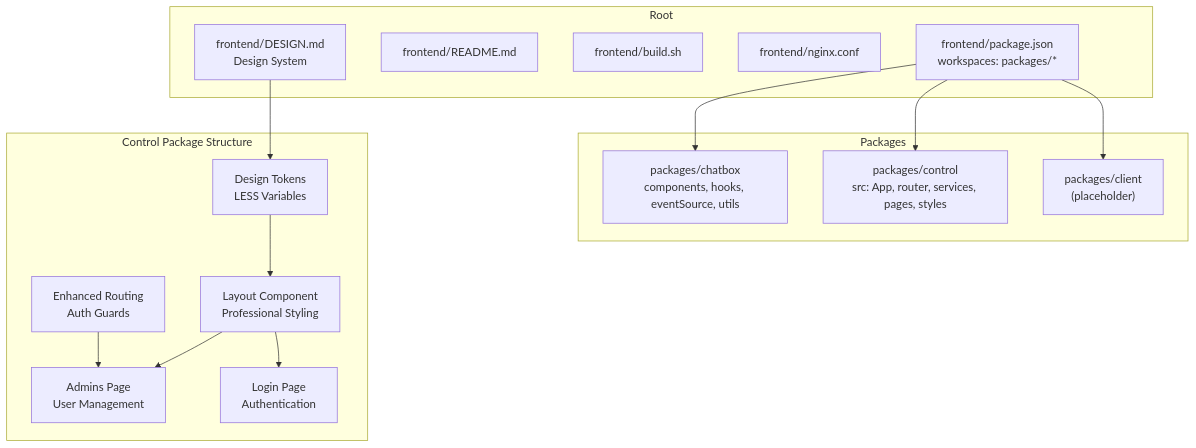
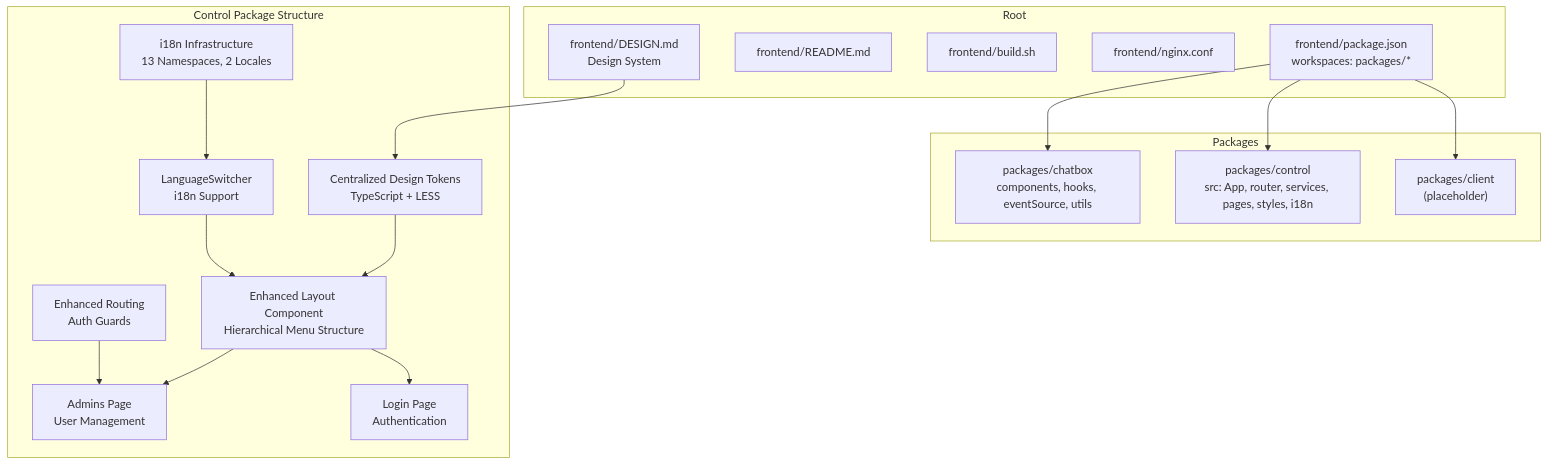
Before and after one commit to alibaba/tron-one-agent: the first of 11 diagrams in .qoder/repowiki/en/content/Frontend Architecture/Frontend Architecture.md, drawn with Mermaid. The commit also changed other lines of this file and 8 other files, not shown here.

````diff
--- a/.qoder/repowiki/en/content/Frontend Architecture/Frontend Architecture.md
+++ b/.qoder/repowiki/en/content/Frontend Architecture/Frontend Architecture.md
@@ -66,30 +76,34 @@
 ```mermaid
 graph TB
 subgraph "Root"
 R_pkg["frontend/package.json<br/>workspaces: packages/*"]
 R_readme["frontend/README.md"]
 R_build["frontend/build.sh"]
 R_nginx["frontend/nginx.conf"]
 R_design["frontend/DESIGN.md<br/>Design System"]
 end
 subgraph "Packages"
 P_chatbox["packages/chatbox<br/>components, hooks, eventSource, utils"]
-P_control["packages/control<br/>src: App, router, services, pages, styles"]
+P_control["packages/control<br/>src: App, router, services, pages, styles, i18n"]
 P_client["packages/client<br/>(placeholder)"]
 end
 subgraph "Control Package Structure"
-C_layout["Layout Component<br/>Professional Styling"]
+C_layout["Enhanced Layout Component<br/>Hierarchical Menu Structure"]
 C_admins["Admins Page<br/>User Management"]
 C_login["Login Page<br/>Authentication"]
 C_router["Enhanced Routing<br/>Auth Guards"]
-C_styles["Design Tokens<br/>LESS Variables"]
+C_styles["Centralized Design Tokens<br/>TypeScript + LESS"]
+C_lang["LanguageSwitcher<br/>i18n Support"]
+C_i18n["i18n Infrastructure<br/>13 Namespaces, 2 Locales"]
 end
 R_pkg --> P_chatbox
 R_pkg --> P_control
 R_pkg --> P_client
 R_design --> C_styles
 C_layout --> C_admins
 C_layout --> C_login
 C_router --> C_admins
 C_styles --> C_layout
+C_lang --> C_layout
+C_i18n --> C_lang
 ```
````
